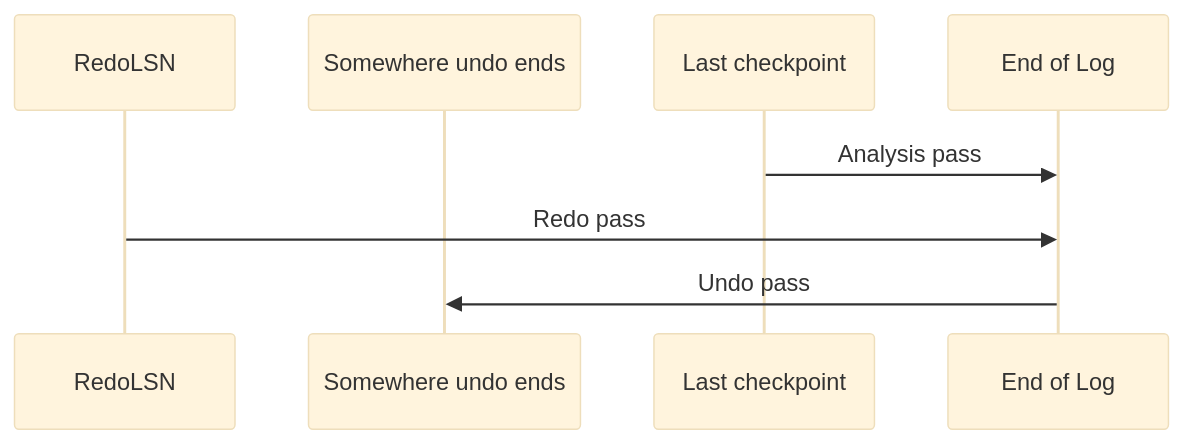
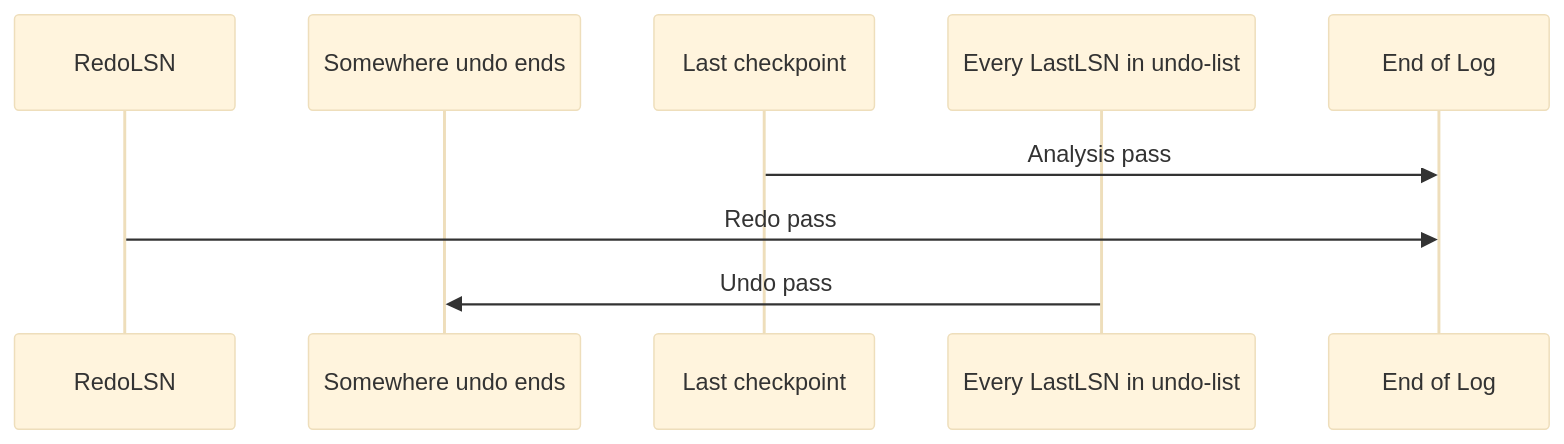
The second of 3 diagrams in DBS/Chap16_Rec_zyx.md (FUTURETECH6/Notes-Sophomore2), drawn with Mermaid (base theme) before and after one commit. The commit also changed other lines of this file and 26 other files, not shown here.

````diff
--- a/DBS/Chap16_Rec_zyx.md
+++ b/DBS/Chap16_Rec_zyx.md
@@ -693,10 +700,11 @@
 ```mermaid
 sequenceDiagram
     participant 0 as RedoLSN
     participant 1 as Somewhere undo ends
     participant 2 as Last checkpoint
-    participant 3 as End of Log
-    2->>3: Analysis pass
-    0->>3: Redo pass
+    participant 3 as Every LastLSN in undo-list
+    participant 4 as End of Log
+    2->>4: Analysis pass
+    0->>4: Redo pass
     3->>1: Undo pass
 ```
````
